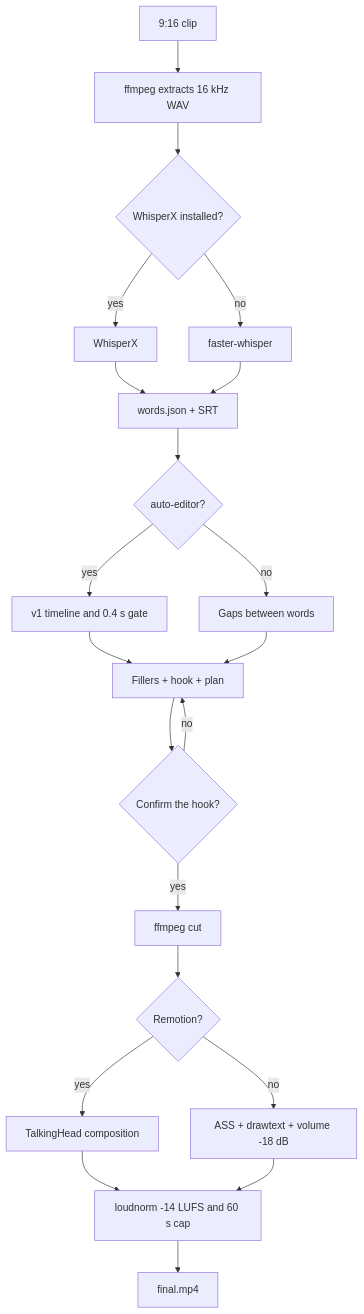
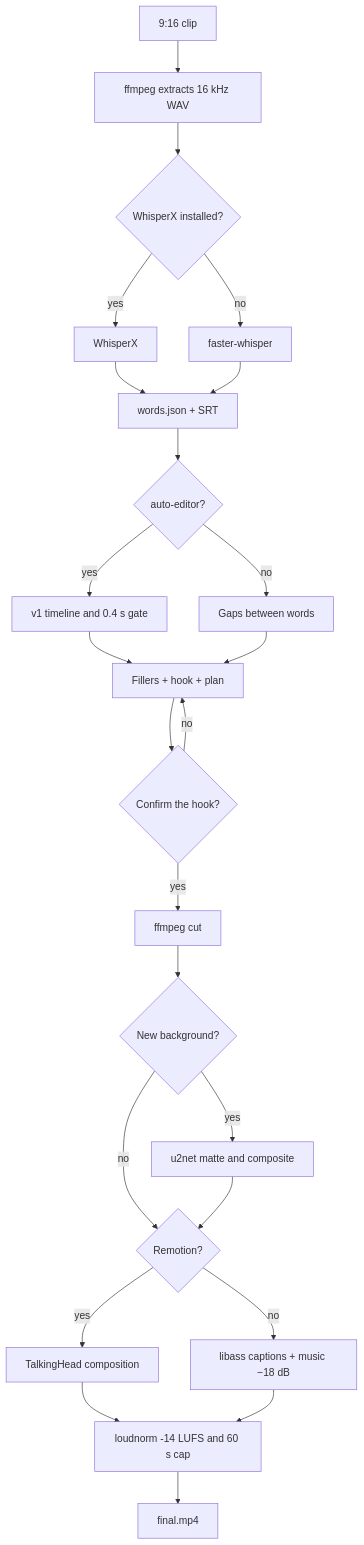
One commit to fabian-adpros/adpros-ugc-talking-skill changed the second of 2 diagrams in README.md. Above: the diagram before and after it, drawn with Mermaid. The commit also changed other lines of this file and 16 other files, not shown here.

````diff
--- a/README.md
+++ b/README.md
@@ -417,23 +437,26 @@
 ```mermaid
 flowchart TD
   A[9:16 clip] --> B[ffmpeg extracts 16 kHz WAV]
   B --> C{WhisperX installed?}
   C -->|yes| D[WhisperX]
   C -->|no| E[faster-whisper]
   D --> F[words.json + SRT]
   E --> F
   F --> G{auto-editor?}
   G -->|yes| H[v1 timeline and 0.4 s gate]
   G -->|no| I[Gaps between words]
   H --> J[Fillers + hook + plan]
   I --> J
   J --> K{Confirm the hook?}
   K -->|no| J
   K -->|yes| L[ffmpeg cut]
-  L --> M{Remotion?}
+  L --> L2{New background?}
+  L2 -->|yes| L3[u2net matte and composite]
+  L2 -->|no| M{Remotion?}
+  L3 --> M
   M -->|yes| N[TalkingHead composition]
-  M -->|no| O[ASS + drawtext + volume -18 dB]
+  M -->|no| O[libass captions + music −18 dB]
   N --> P[loudnorm -14 LUFS and 60 s cap]
   O --> P
   P --> Q[final.mp4]
 ```
````
